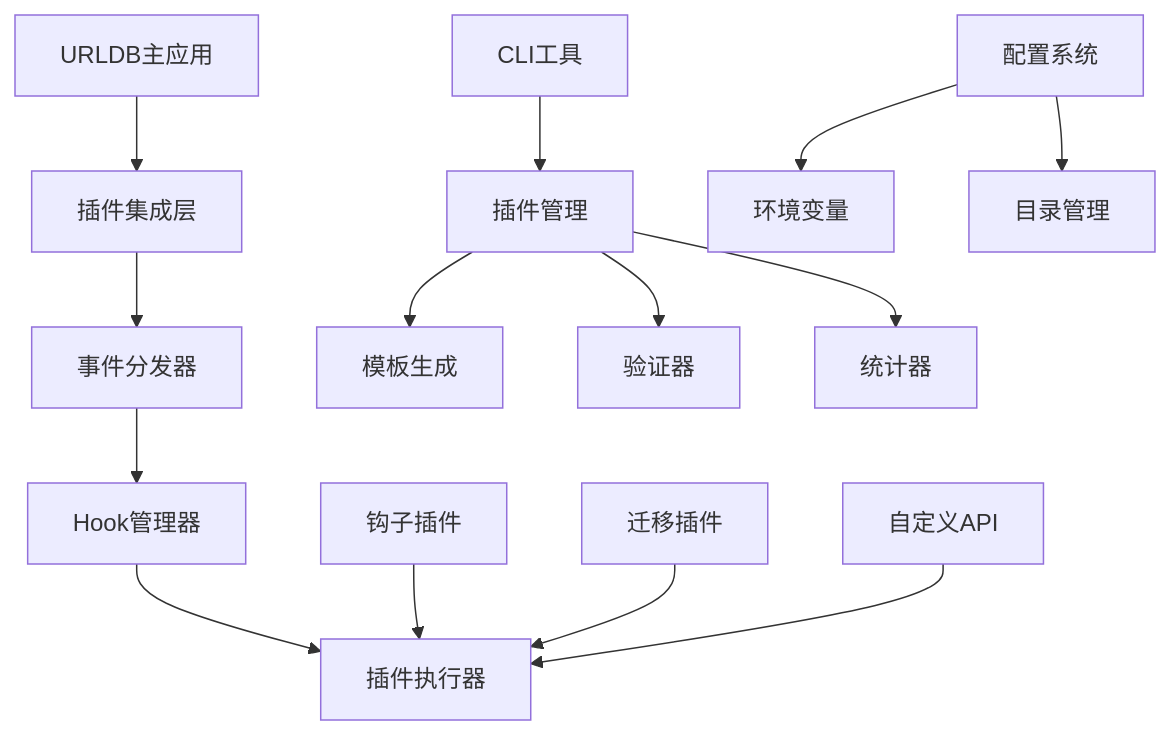
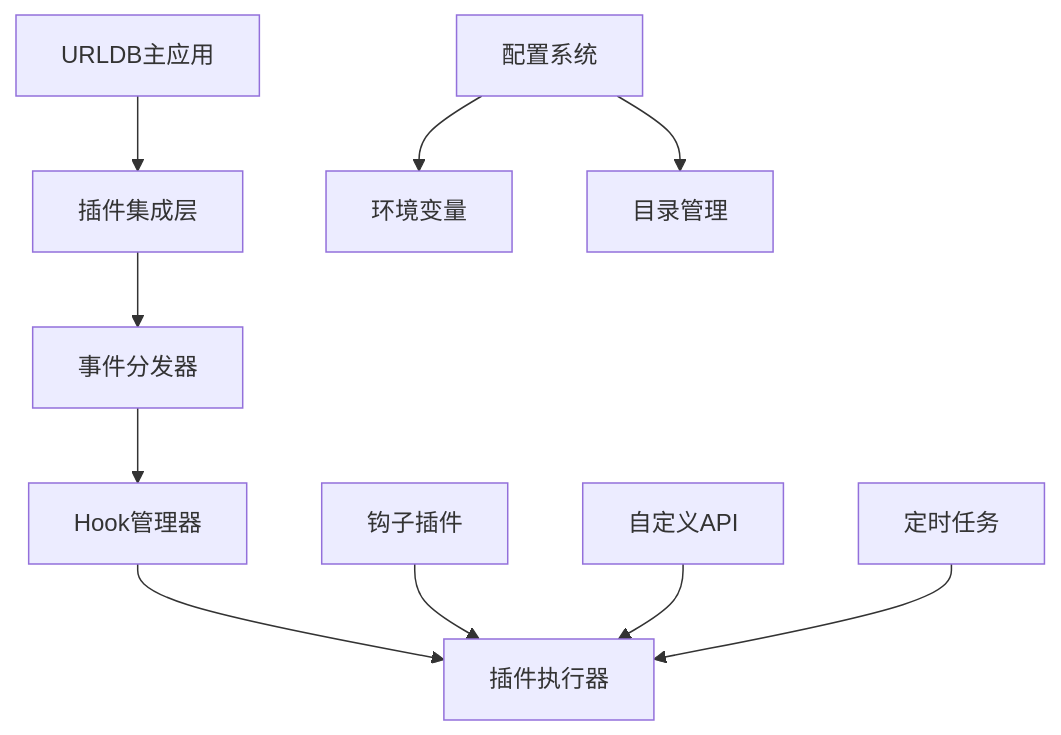
The diagram in docs/README.md (ctwj/urldb), drawn with Mermaid before and after one commit. The commit also changed other lines of this file and 17 other files, not shown here.

````diff
--- a/docs/README.md
+++ b/docs/README.md
@@ -63,19 +84,14 @@
 ```mermaid
 graph TB
     A[URLDB主应用] --> B[插件集成层]
     B --> C[事件分发器]
     C --> D[Hook管理器]
     D --> E[插件执行器]
 
     F[钩子插件] --> E
-    G[迁移插件] --> E
-    H[自定义API] --> E
-
-    I[CLI工具] --> J[插件管理]
-    J --> K[模板生成]
-    J --> L[验证器]
-    J --> M[统计器]
+    G[自定义API] --> E
+    H[定时任务] --> E
 
     N[配置系统] --> O[环境变量]
     N --> P[目录管理]
 ```
````
